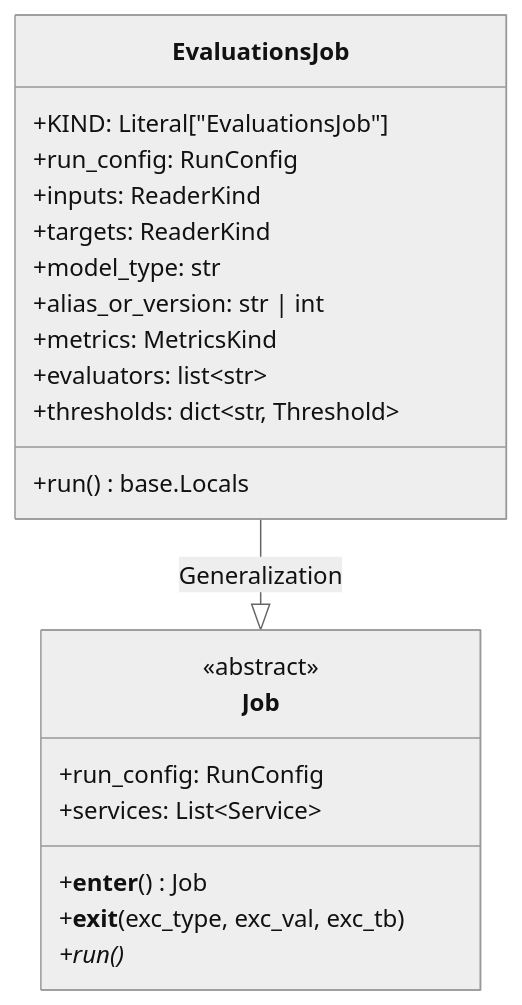
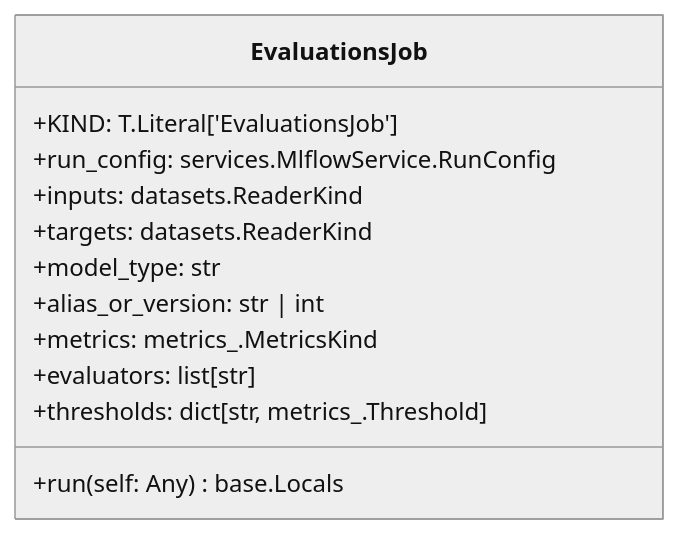
The first of 2 diagrams in openwiki/modules/regression_model_template/jobs/evaluations.md (lgcorzo/mlops-python-package), drawn with Mermaid (neutral theme) before and after one commit. The commit also changed other lines of this file and 40 other files, not shown here.

````diff
--- a/openwiki/modules/regression_model_template/jobs/evaluations.md
+++ b/openwiki/modules/regression_model_template/jobs/evaluations.md
@@ -27,26 +23,16 @@
 ```mermaid
 classDiagram
     direction BT
-    class Job {
-        <<abstract>>
-        +run_config: RunConfig
-        +services: List~Service~
-        +__enter__() Job
-        +__exit__(exc_type, exc_val, exc_tb)
-        +run()*
-    }
     class EvaluationsJob {
-        +KIND: Literal["EvaluationsJob"]
-        +run_config: RunConfig
-        +inputs: ReaderKind
-        +targets: ReaderKind
+        +KIND: T.Literal['EvaluationsJob']
+        +run_config: services.MlflowService.RunConfig
+        +inputs: datasets.ReaderKind
+        +targets: datasets.ReaderKind
         +model_type: str
         +alias_or_version: str | int
-        +metrics: MetricsKind
-        +evaluators: list~str~
-        +thresholds: dict~str, Threshold~
-        +run() base.Locals
+        +metrics: metrics_.MetricsKind
+        +evaluators: list[str]
+        +thresholds: dict[str, metrics_.Threshold]
+        +run(self: Any) base.Locals
     }
-
-    Job <|-- EvaluationsJob : Generalization
 ```
````
